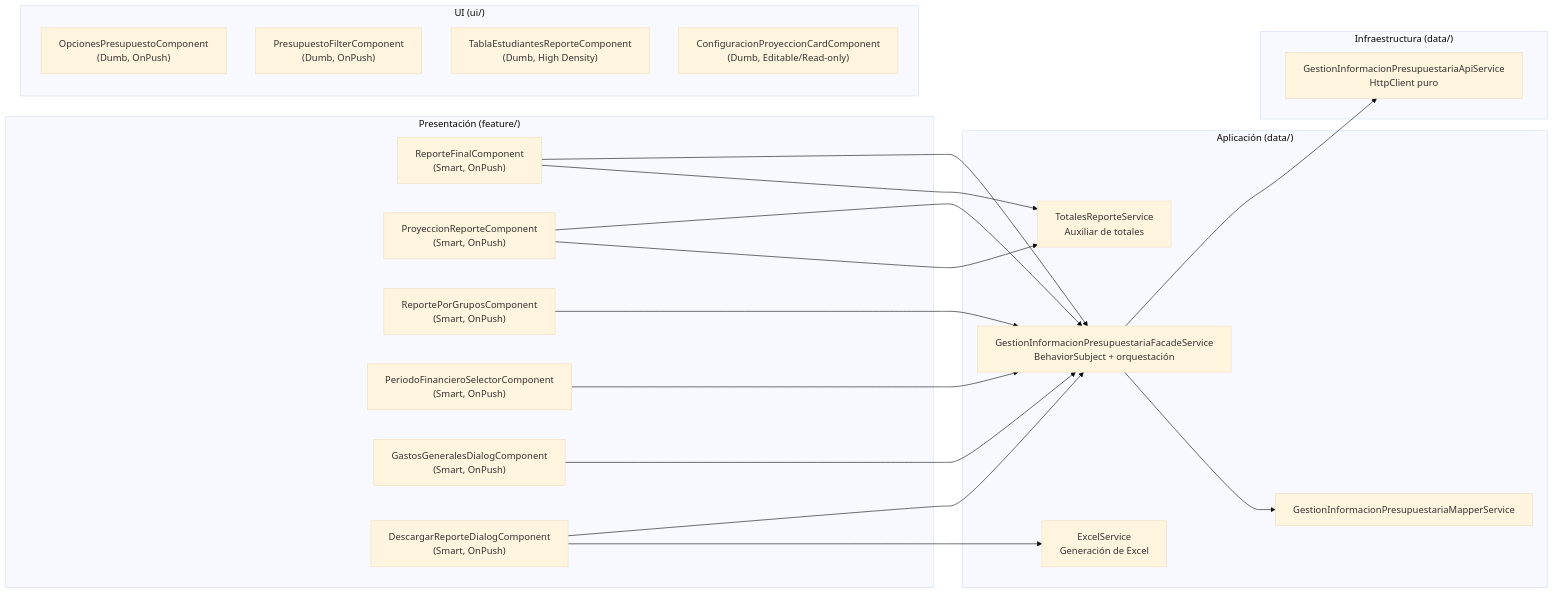
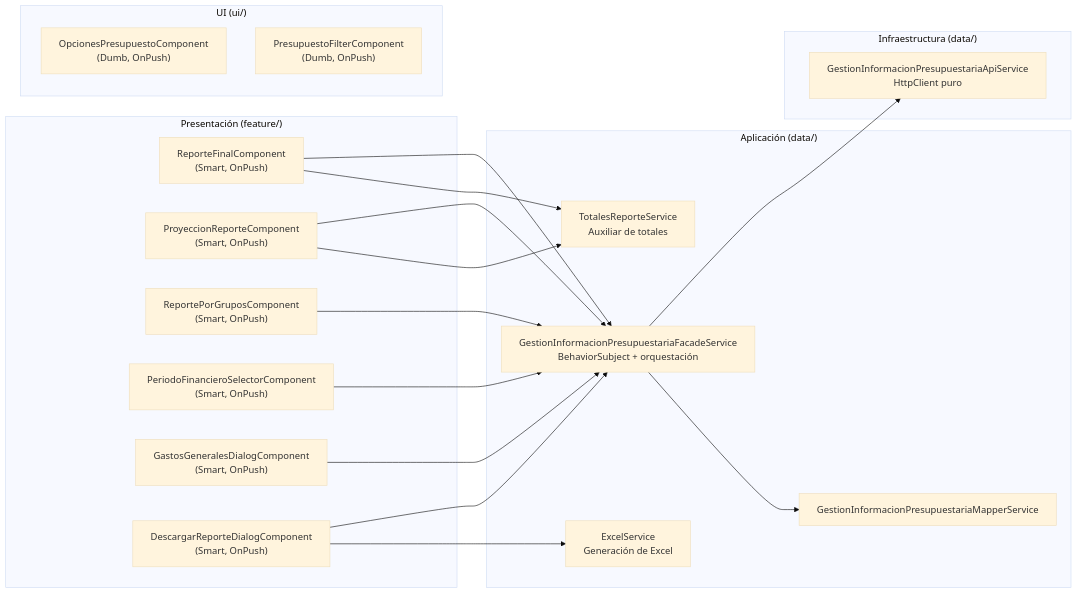
Before and after one commit to unicauca-maestria-computacion/ms-maestriacomputacion-front: the first of 2 diagrams in docs/modules/gestion-informacion-presupuestaria.md, drawn with Mermaid (base theme). The commit also changed other lines of this file and 19 other files, not shown here.

First line of the commit message:
docs: consolidate architectural documentation and synchronize design systems

````diff
--- a/docs/modules/gestion-informacion-presupuestaria.md
+++ b/docs/modules/gestion-informacion-presupuestaria.md
@@ -77,38 +79,36 @@
 ```mermaid
 graph LR
   subgraph "Presentación (feature/)"
     RF["ReporteFinalComponent\n(Smart, OnPush)"]
     PR["ProyeccionReporteComponent\n(Smart, OnPush)"]
     RPG["ReportePorGruposComponent\n(Smart, OnPush)"]
     PFS["PeriodoFinancieroSelectorComponent\n(Smart, OnPush)"]
     GGD["GastosGeneralesDialogComponent\n(Smart, OnPush)"]
     DRD["DescargarReporteDialogComponent\n(Smart, OnPush)"]
   end
   subgraph "UI (ui/)"
     OP["OpcionesPresupuestoComponent\n(Dumb, OnPush)"]
     PF["PresupuestoFilterComponent\n(Dumb, OnPush)"]
-    TER["TablaEstudiantesReporteComponent\n(Dumb, High Density)"]
-    CPC["ConfiguracionProyeccionCardComponent\n(Dumb, Editable/Read-only)"]
   end
   subgraph "Aplicación (data/)"
     F["GestionInformacionPresupuestariaFacadeService\nBehaviorSubject + orquestación"]
     M["GestionInformacionPresupuestariaMapperService"]
     TR["TotalesReporteService\nAuxiliar de totales"]
     EX["ExcelService\nGeneración de Excel"]
   end
   subgraph "Infraestructura (data/)"
     A["GestionInformacionPresupuestariaApiService\nHttpClient puro"]
   end
 
   RF --> F
   PR --> F
   RPG --> F
   PFS --> F
   GGD --> F
   DRD --> F
   DRD --> EX
   F --> A
   F --> M
   RF --> TR
   PR --> TR
 ```
````
